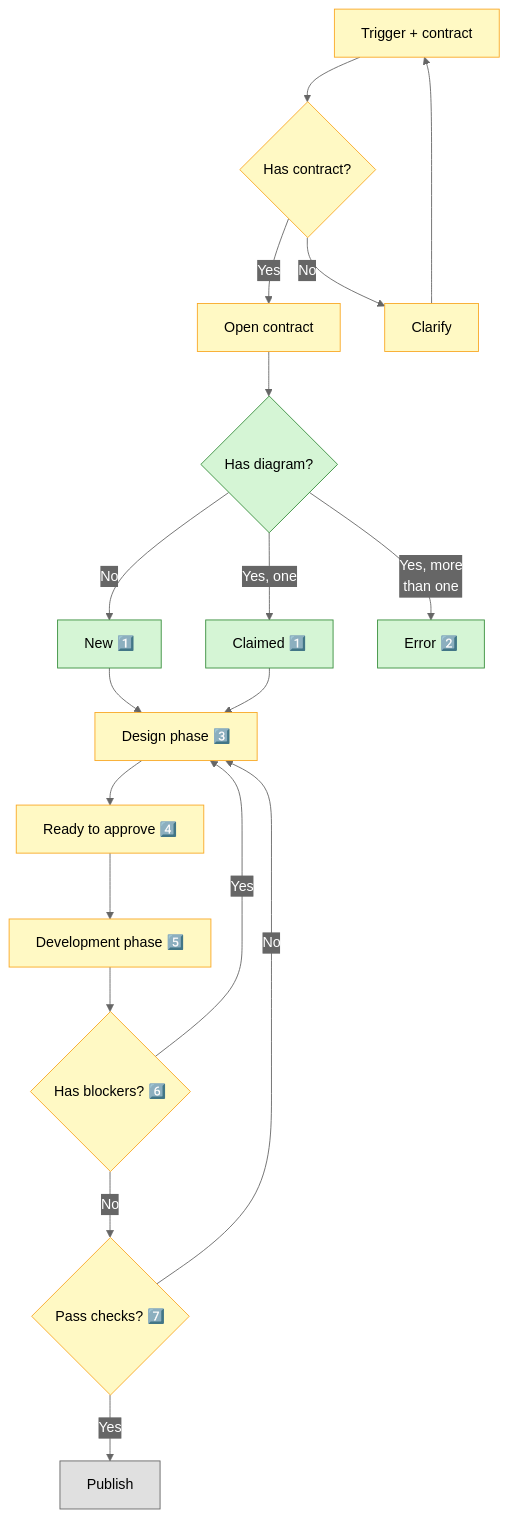
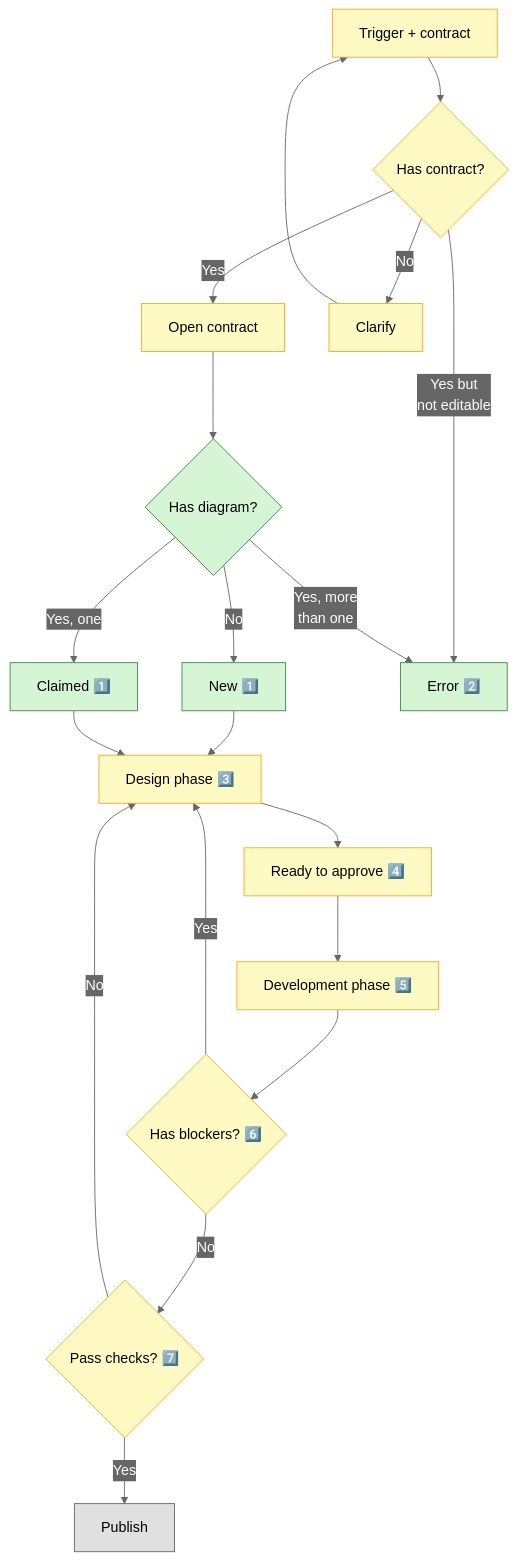
Before and after one commit to nonlinear/skills: the diagram in contract-diagram/SKILL.md, drawn with Mermaid.

Commit message:
Add 'Yes but not editable' arrow (CHECK_CONTRACT → ERROR)

````diff
--- a/contract-diagram/SKILL.md
+++ b/contract-diagram/SKILL.md
@@ -26,49 +26,50 @@
 ```mermaid
 %%{init: {'theme':'base','themeVariables':{"primaryColor":"#4A90E2","primaryTextColor":"#fff","primaryBorderColor":"#2E5C8A","lineColor":"#666","secondaryColor":"#50E3C2","tertiaryColor":"#FFD700","edgeLabelBackground":"#666"},'flowchart':{"nodeSpacing":50,"rankSpacing":50,"padding":15,"curve":"basis"}}}%%
 flowchart TD
     TRIGGER["Trigger + contract"]
     CHECK_CONTRACT{"Has contract?"}
     OPEN["Open contract"]
     CLARIFY["Clarify"]
     CHECK_DIAGRAM{"Has diagram?"}
     CREATE["New 1️⃣"]
     CLAIM["Claimed 1️⃣"]
     ERROR["Error 2️⃣"]
     
     DESIGN["Design phase 3️⃣"]
     SIGNOFF["Ready to approve 4️⃣"]
     DEVELOPMENT["Development phase 5️⃣"]
     BLOCKERS{"Has blockers? 6️⃣"}
     TESTS{"Pass checks? 7️⃣"}
     PUBLISH["Publish"]
     
     TRIGGER --> CHECK_CONTRACT
     CHECK_CONTRACT -->|Yes| OPEN
+    CHECK_CONTRACT -->|Yes but<br/>not editable| ERROR
     CHECK_CONTRACT -->|No| CLARIFY
     CLARIFY --> TRIGGER
     
     OPEN --> CHECK_DIAGRAM
     CHECK_DIAGRAM -->|Yes, more<br/>than one| ERROR
     CHECK_DIAGRAM -->|Yes, one| CLAIM
     CHECK_DIAGRAM -->|No| CREATE
     
     CREATE --> DESIGN
     CLAIM --> DESIGN
     DESIGN --> SIGNOFF
     SIGNOFF --> DEVELOPMENT
     DEVELOPMENT --> BLOCKERS
     BLOCKERS -->|Yes| DESIGN
     BLOCKERS -->|No| TESTS
     TESTS -->|Yes| PUBLISH
     TESTS -->|No| DESIGN
     
     classDef default fill:#e0e0e0,stroke:#666,color:#000
     classDef approved fill:#FFF9C4,stroke:#F9A825,color:#000
     classDef developed fill:#D5F5D5,stroke:#388E3C,color:#000
     classDef blocker fill:#FFCDD2,stroke:#D32F2F,color:#000
     classDef developed-notes fill:#E3F2FD,stroke:#1976D2,color:#000
     
     class TRIGGER,CHECK_CONTRACT,OPEN,CLARIFY,DESIGN,SIGNOFF,DEVELOPMENT,BLOCKERS,TESTS approved
     class CHECK_DIAGRAM,CREATE,CLAIM,ERROR developed
     class PUBLISH default
 ```
````
